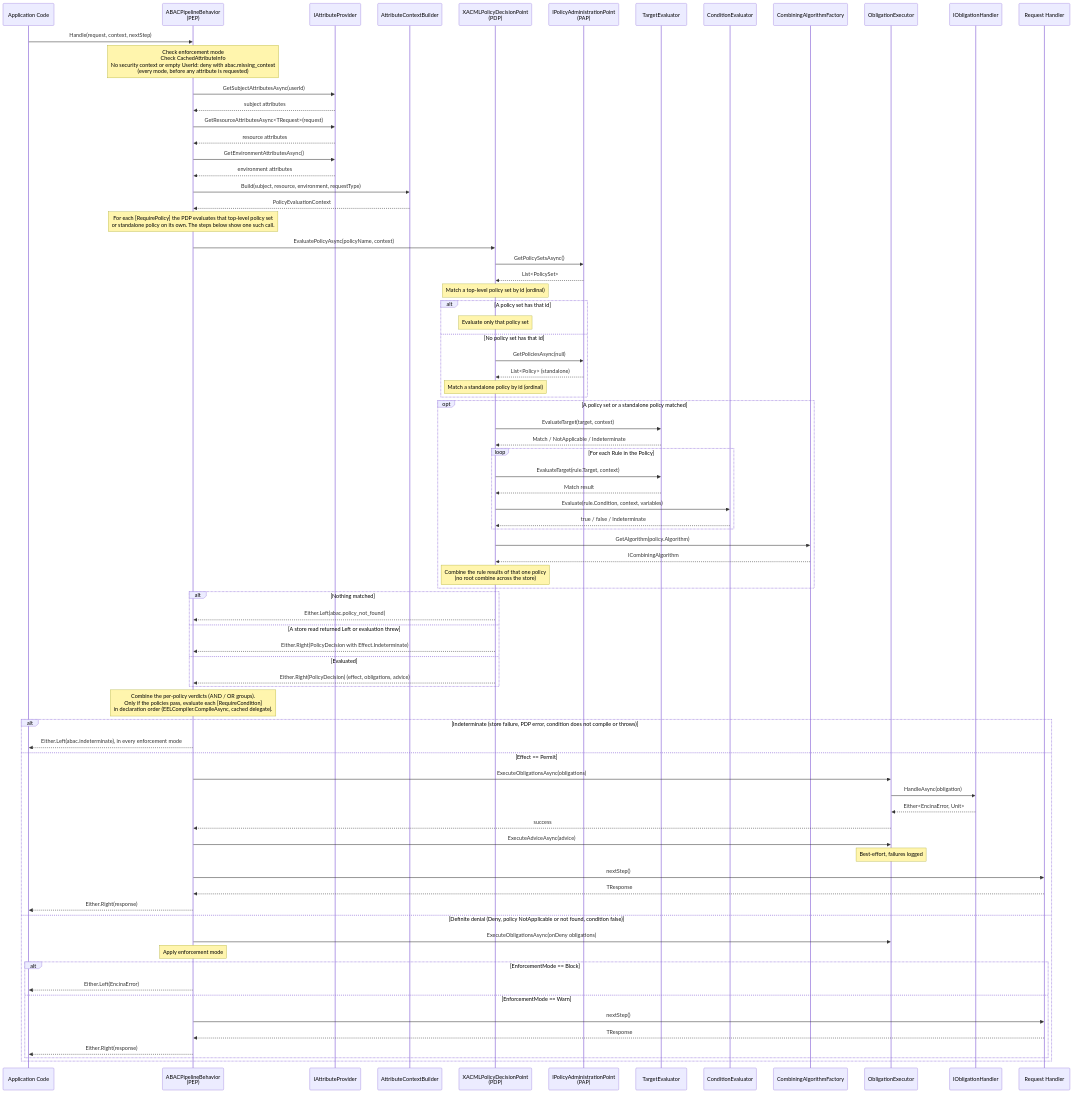
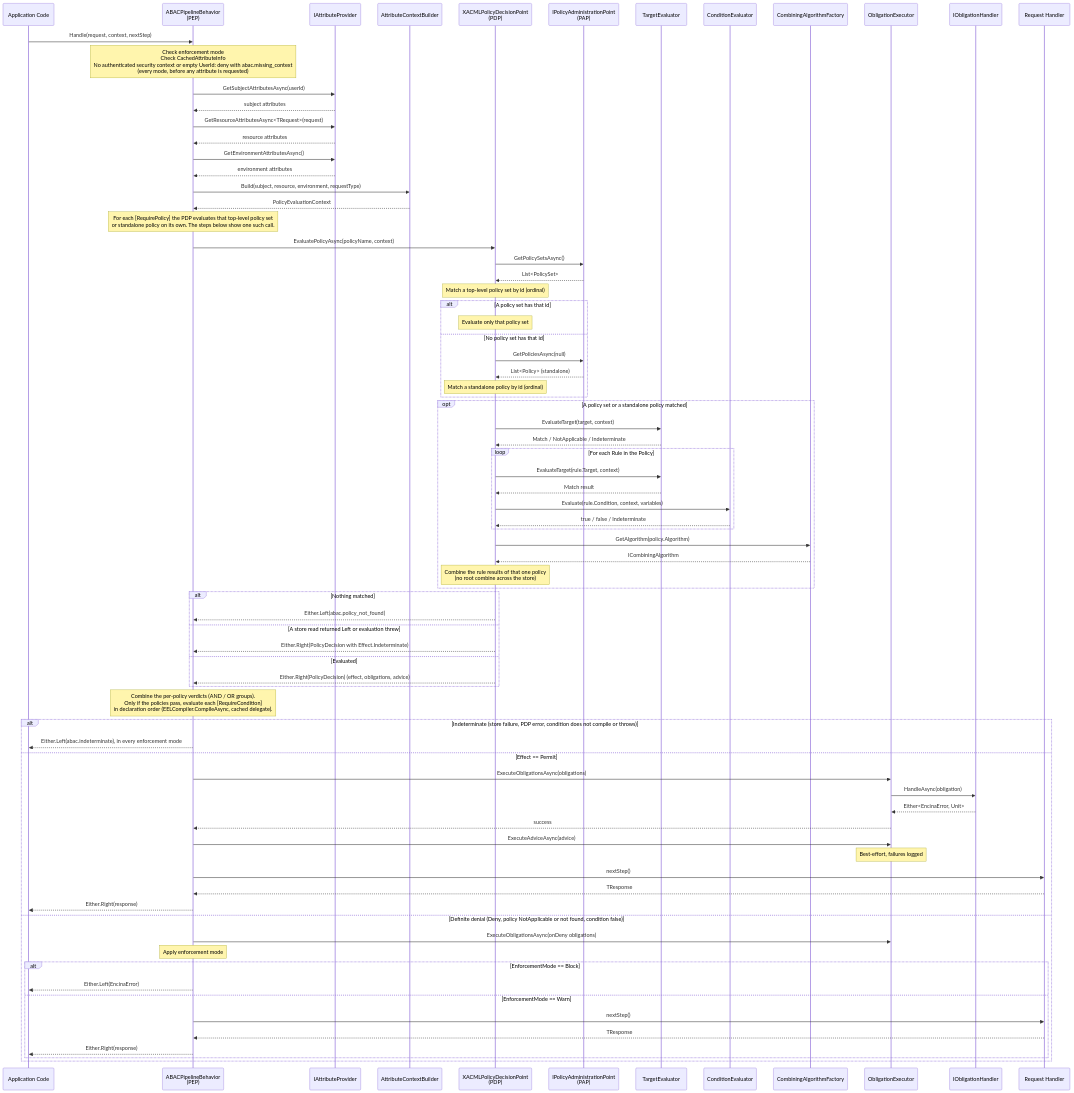
One commit to dlrivada/Encina changed the third of 4 diagrams in docs/features/abac/xacml/architecture.md. Above: the diagram before and after it, drawn with Mermaid. The commit also changed other lines of this file and 9 other files, not shown here.

Commit message:
docs(abac): require an authenticated security context and document how to provide one (#1676, #1685)

```diff
--- a/docs/features/abac/xacml/architecture.md
+++ b/docs/features/abac/xacml/architecture.md
@@ -486,7 +486,7 @@
     participant Handler as Request Handler
 
     App->>PEP: Handle(request, context, nextStep)
-    Note over PEP: Check enforcement mode<br/>Check CachedAttributeInfo<br/>No security context or empty UserId: deny with abac.missing_context<br/>(every mode, before any attribute is requested)
+    Note over PEP: Check enforcement mode<br/>Check CachedAttributeInfo<br/>No authenticated security context or empty UserId: deny with abac.missing_context<br/>(every mode, before any attribute is requested)
 
     PEP->>AP: GetSubjectAttributesAsync(userId)
     AP-->>PEP: subject attributes
```
